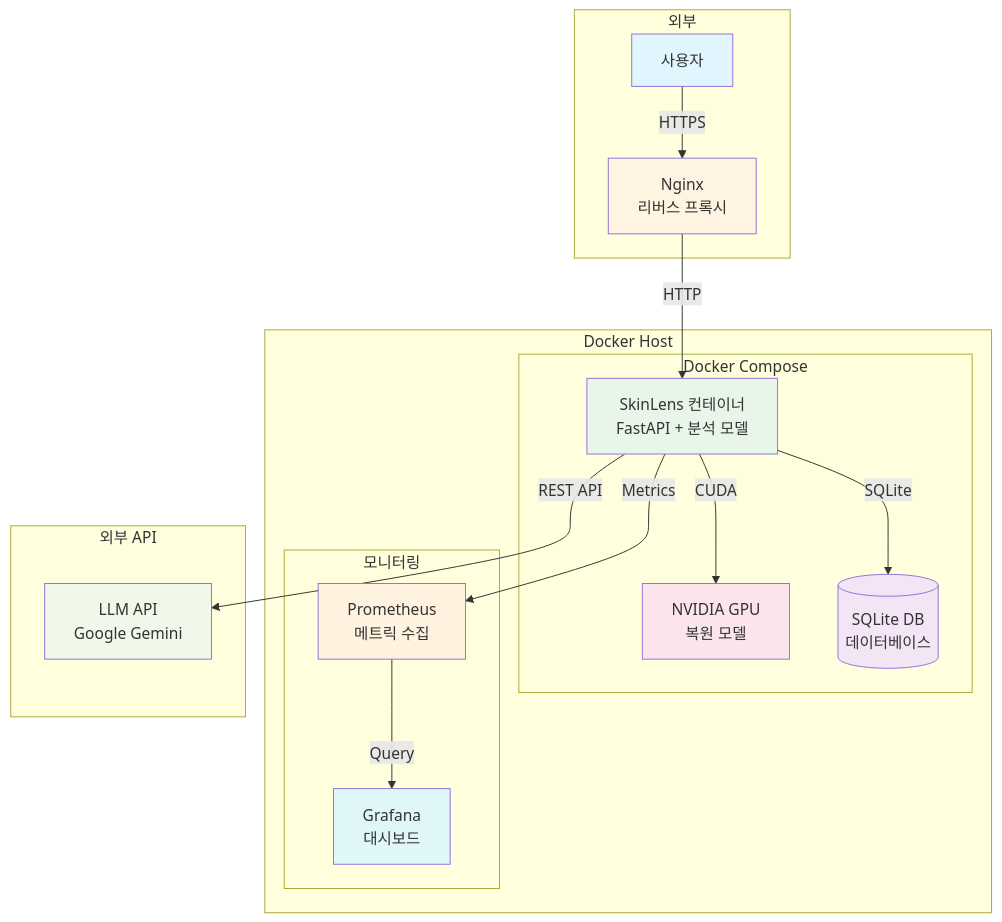
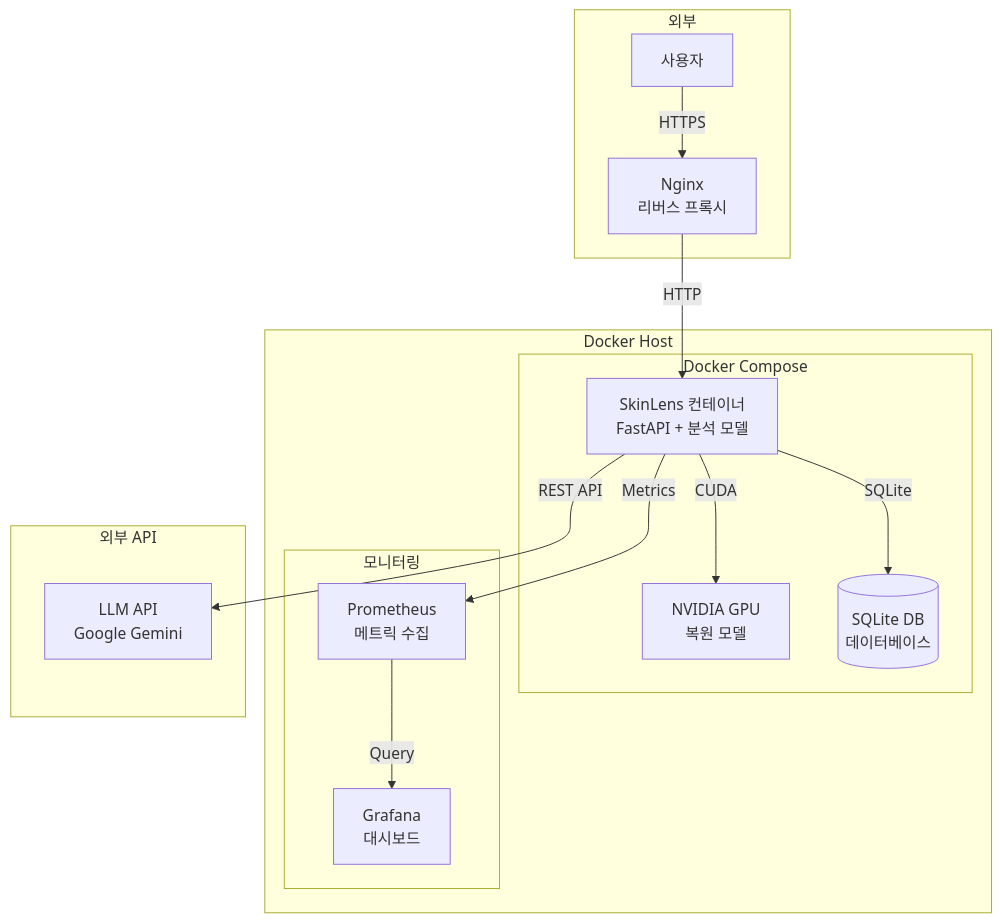
Before and after one commit to coteleafdev/SkinLens: the first of 5 diagrams in docs/ops/LINUX_DOCKER_DEPLOYMENT.md, drawn with Mermaid. The commit also changed other lines of this file, not shown here.

First line of the commit message:
Remove style settings from Mermaid diagrams for better visibility

````diff
--- a/docs/ops/LINUX_DOCKER_DEPLOYMENT.md
+++ b/docs/ops/LINUX_DOCKER_DEPLOYMENT.md
@@ -18,41 +18,32 @@
 ```mermaid
 graph TB
     subgraph "외부"
         User[사용자]
         Nginx[Nginx<br/>리버스 프록시]
     end
     
     subgraph "Docker Host"
         subgraph "Docker Compose"
             SkinLens[SkinLens 컨테이너<br/>FastAPI + 분석 모델]
             GPU[NVIDIA GPU<br/>복원 모델]
             DB[(SQLite DB<br/>데이터베이스)]
         end
         
         subgraph "모니터링"
             Prometheus[Prometheus<br/>메트릭 수집]
             Grafana[Grafana<br/>대시보드]
         end
     end
     
     subgraph "외부 API"
         LLM[LLM API<br/>Google Gemini]
     end
     
     User -->|HTTPS| Nginx
     Nginx -->|HTTP| SkinLens
     SkinLens -->|CUDA| GPU
     SkinLens -->|SQLite| DB
     SkinLens -->|REST API| LLM
     SkinLens -->|Metrics| Prometheus
     Prometheus -->|Query| Grafana
-    
-    style User fill:#e1f5ff
-    style Nginx fill:#fff4e1
-    style SkinLens fill:#e8f5e9
-    style GPU fill:#fce4ec
-    style DB fill:#f3e5f5
-    style Prometheus fill:#fff3e0
-    style Grafana fill:#e0f7fa
-    style LLM fill:#f1f8e9
 ```
````
